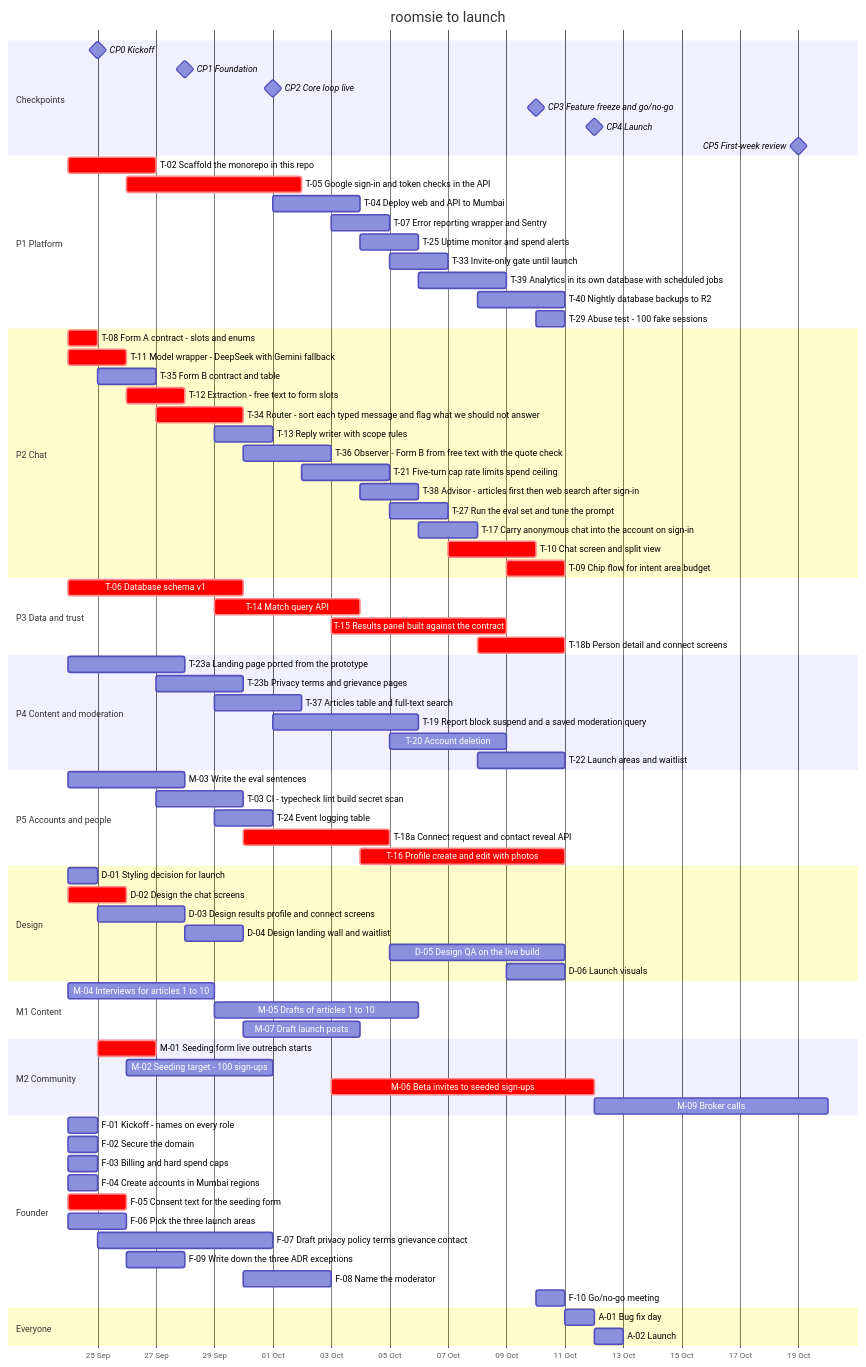
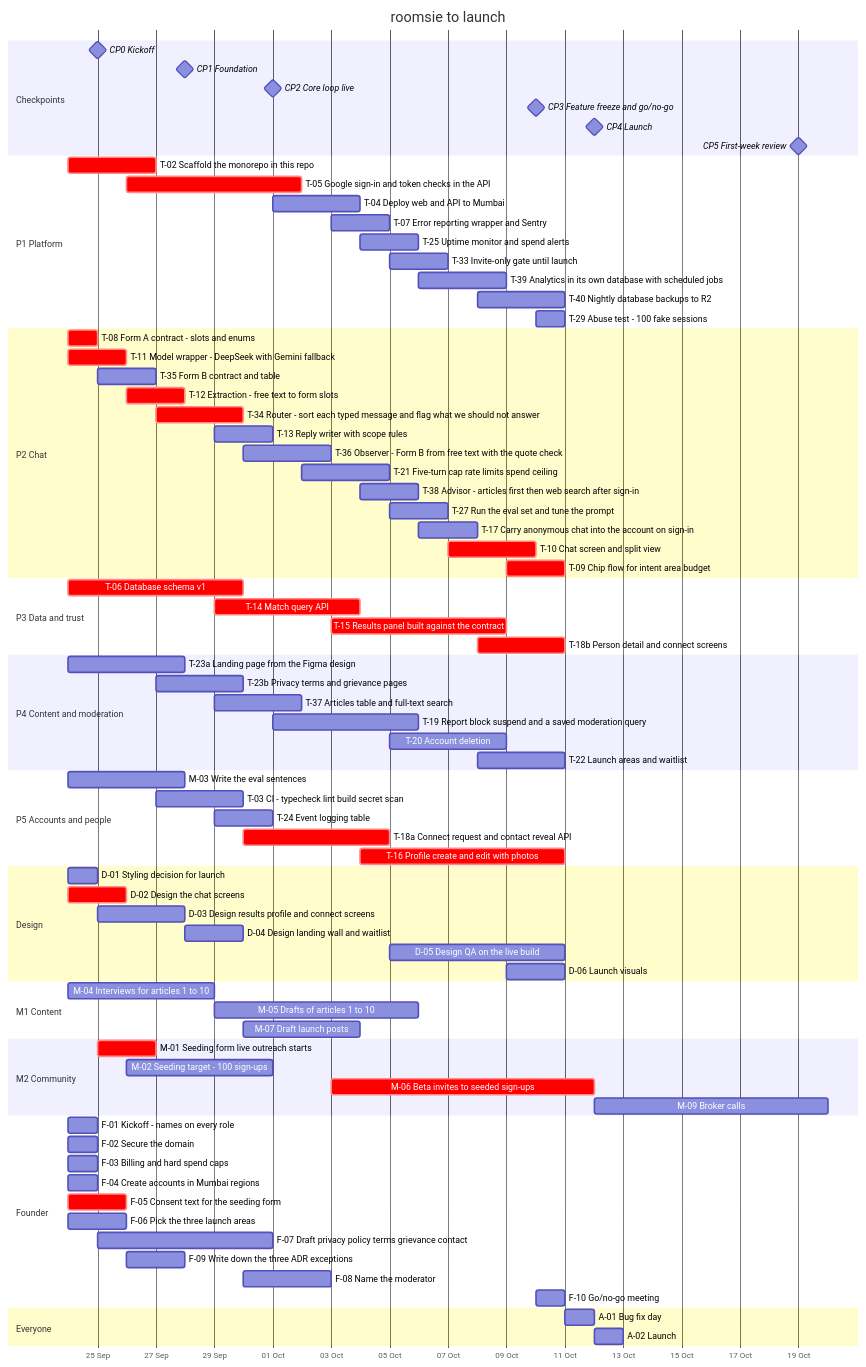
Before and after one commit to magentawood/roomsie: the diagram in docs/team-plan.md, drawn with Mermaid. The commit also changed other lines of this file and 7 other files, not shown here.

```diff
--- a/docs/team-plan.md
+++ b/docs/team-plan.md
@@ -313,7 +313,7 @@
     T-15 Results panel built against the contract :crit, t15, 2026-10-03, 6d
     T-18b Person detail and connect screens :crit, t18b, 2026-10-08, 3d
     section P4 Content and moderation
-    T-23a Landing page ported from the prototype :t23a, 2026-09-24, 4d
+    T-23a Landing page from the Figma design :t23a, 2026-09-24, 4d
     T-23b Privacy terms and grievance pages :t23b, 2026-09-27, 3d
     T-37 Articles table and full-text search :t37, 2026-09-29, 3d
     T-19 Report block suspend and a saved moderation query :t19, 2026-10-01, 5d
```
